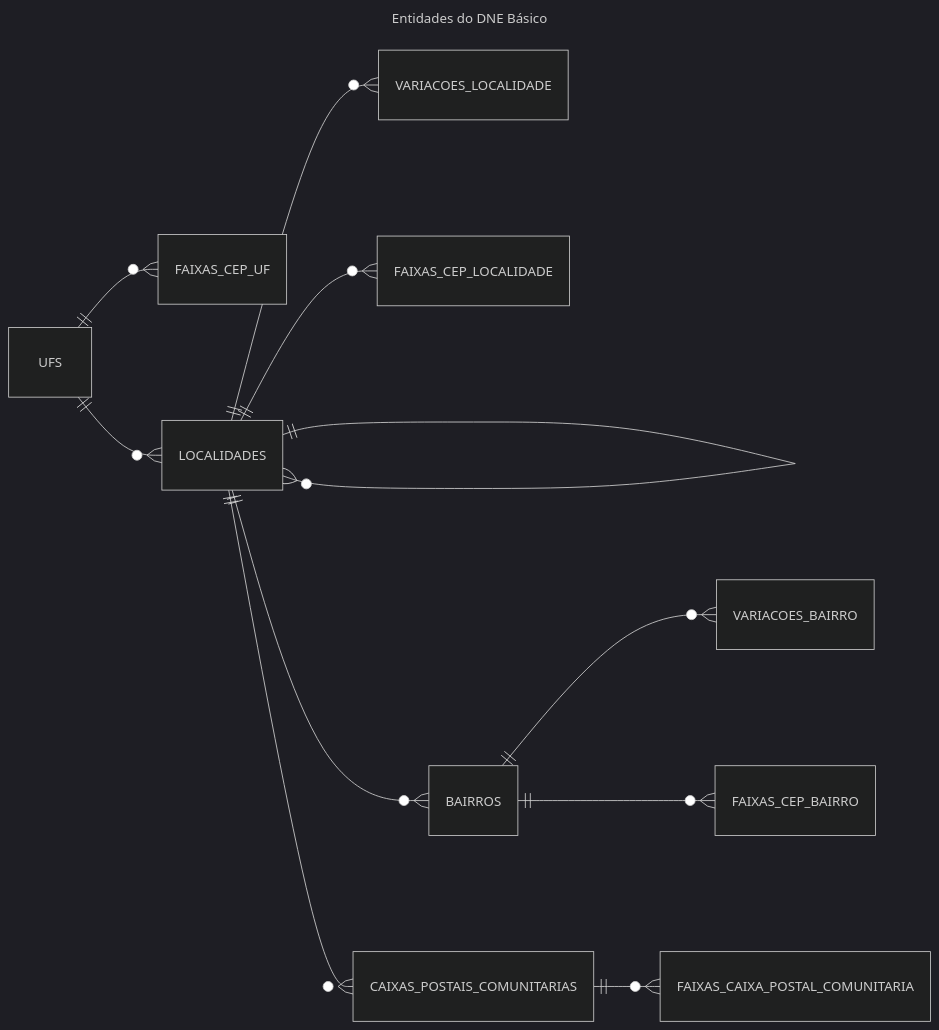
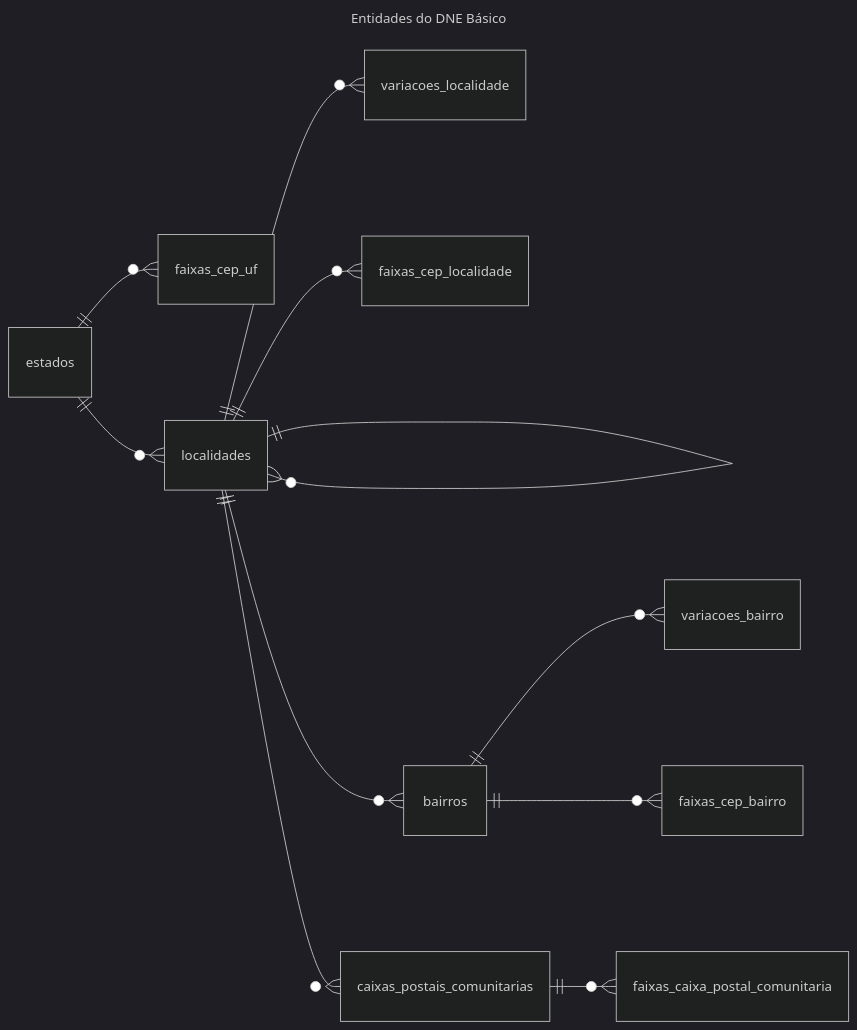
Before and after one commit to danielcorvello/personal-page: the second of 3 diagrams in blog/2025/11/estrutura-da-base-de-ceps-dos-correios-edne.md, drawn with Mermaid (dark theme). The commit also changed other lines of this file and 2 other files, not shown here.

````diff
--- a/blog/2025/11/estrutura-da-base-de-ceps-dos-correios-edne.md
+++ b/blog/2025/11/estrutura-da-base-de-ceps-dos-correios-edne.md
@@ -1169,30 +1181,30 @@
 ```mermaid
 ---
 title: Entidades do DNE Básico
 caption: Diagrama Entidade-Relacionamento (ER) das tabelas do DNE Básico
 ---
 erDiagram
     direction LR
 
-    UFS {  }
-    FAIXAS_CEP_UF {}
-    LOCALIDADES {}
-    VARIACOES_LOCALIDADE {}
-    FAIXAS_CEP_LOCALIDADE {}
-    BAIRROS {}
-    VARIACOES_BAIRRO {}
-    FAIXAS_CEP_BAIRRO {}
-    CAIXAS_POSTAIS_COMUNITARIAS {}
-    FAIXAS_CAIXA_POSTAL_COMUNITARIA {}
+    estados {  }
+    faixas_cep_uf {}
+    localidades {}
+    variacoes_localidade {}
+    faixas_cep_localidade {}
+    bairros {}
+    variacoes_bairro {}
+    faixas_cep_bairro {}
+    caixas_postais_comunitarias {}
+    faixas_caixa_postal_comunitaria {}
 
-    UFS ||--o{ FAIXAS_CEP_UF : ""
-    UFS ||--o{ LOCALIDADES : ""
-    LOCALIDADES ||--o{ LOCALIDADES : ""
-    LOCALIDADES ||--o{ VARIACOES_LOCALIDADE : ""
-    LOCALIDADES ||--o{ FAIXAS_CEP_LOCALIDADE : ""
-    LOCALIDADES ||--o{ BAIRROS : ""
-    BAIRROS ||--o{ VARIACOES_BAIRRO : ""
-    BAIRROS ||--o{ FAIXAS_CEP_BAIRRO : ""
-    LOCALIDADES ||--o{ CAIXAS_POSTAIS_COMUNITARIAS : ""
-    CAIXAS_POSTAIS_COMUNITARIAS ||--o{ FAIXAS_CAIXA_POSTAL_COMUNITARIA : ""
+    estados ||--o{ faixas_cep_uf : ""
+    estados ||--o{ localidades : ""
+    localidades ||--o{ localidades : ""
+    localidades ||--o{ variacoes_localidade : ""
+    localidades ||--o{ faixas_cep_localidade : ""
+    localidades ||--o{ bairros : ""
+    bairros ||--o{ variacoes_bairro : ""
+    bairros ||--o{ faixas_cep_bairro : ""
+    localidades ||--o{ caixas_postais_comunitarias : ""
+    caixas_postais_comunitarias ||--o{ faixas_caixa_postal_comunitaria : ""
 ```
````
